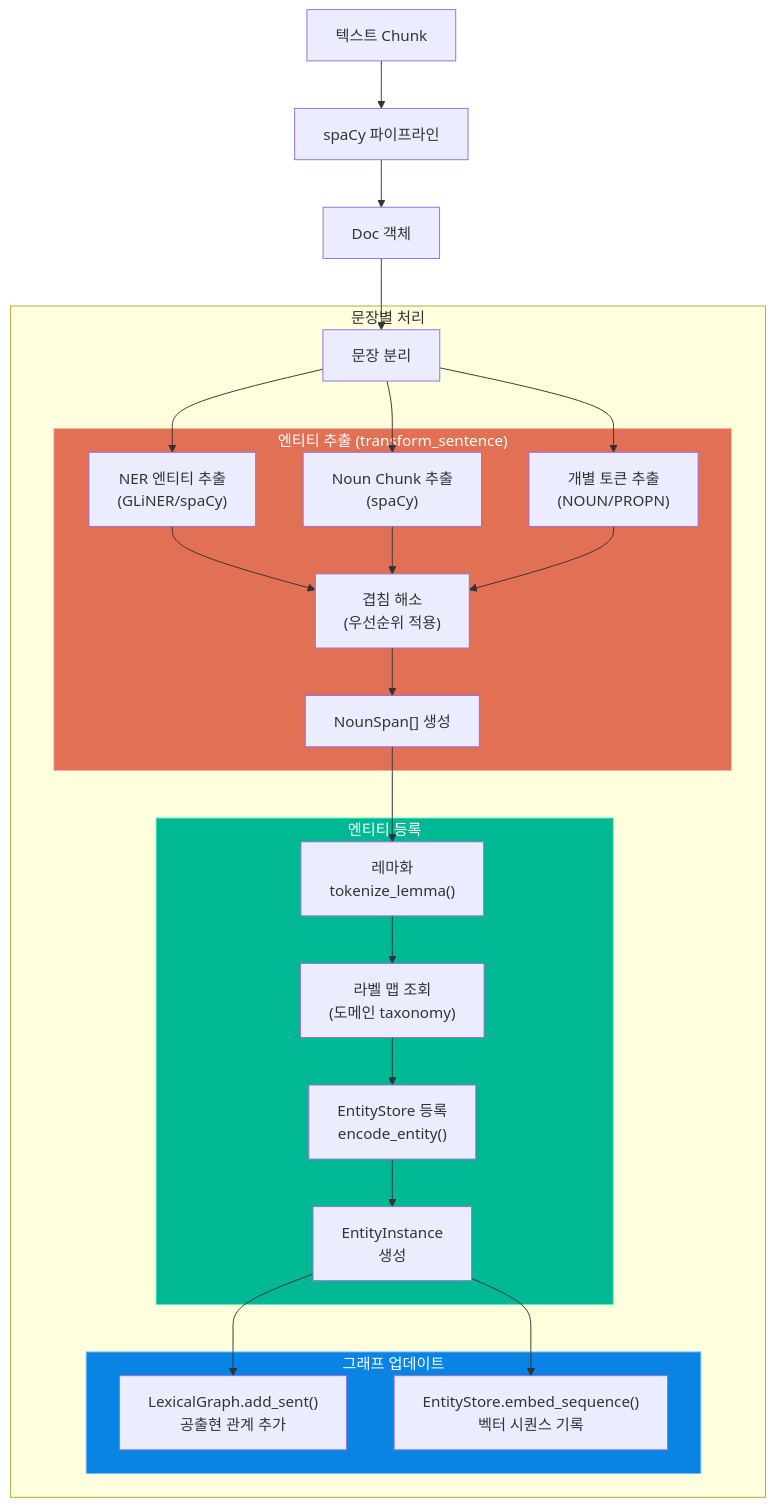
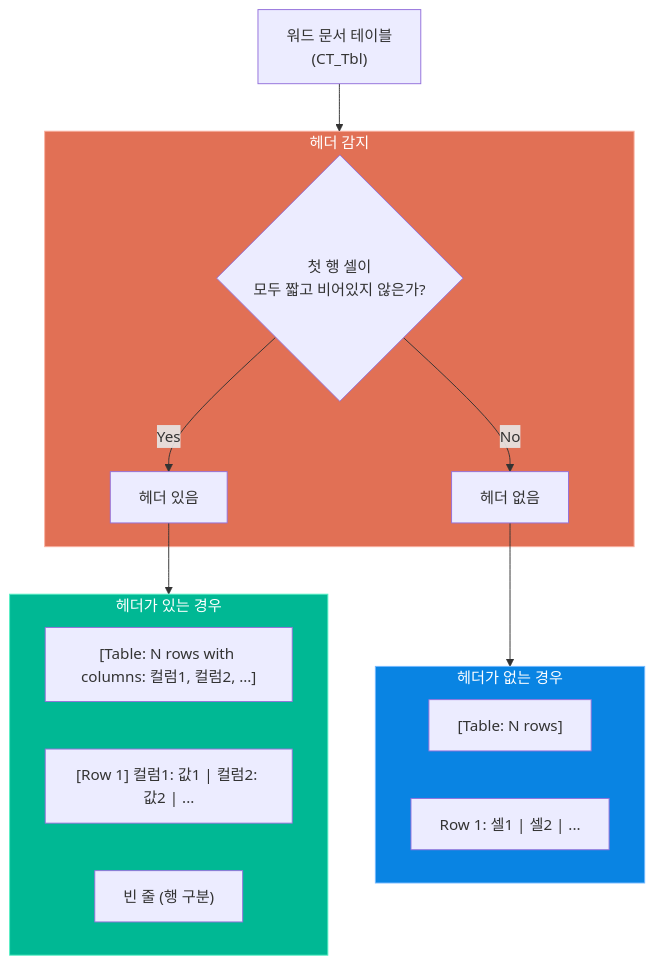
The sixth of 11 diagrams in docs/03_user_and_data_workflow.md (laurus-kpa007/GraphRAG-Senzing), drawn with Mermaid before and after one commit. The commit also changed other lines of this file and 4 other files, not shown here.

````diff
--- a/docs/03_user_and_data_workflow.md
+++ b/docs/03_user_and_data_workflow.md
@@ -285,54 +245,29 @@
 ```mermaid
 flowchart TD
-    TEXT["텍스트 Chunk"]
-    SPACY["spaCy 파이프라인"]
-    DOC["Doc 객체"]
+    TABLE["워드 문서 테이블\n(CT_Tbl)"]
 
-    subgraph PER_SENT["문장별 처리"]
-        SENT["문장 분리"]
-
-        subgraph EXTRACTION["엔티티 추출 (transform_sentence)"]
-            NER_EXT["NER 엔티티 추출\n(GLiNER/spaCy)"]
-            NC_EXT["Noun Chunk 추출\n(spaCy)"]
-            TOK_EXT["개별 토큰 추출\n(NOUN/PROPN)"]
-
-            OVERLAP_CHECK["겹침 해소\n(우선순위 적용)"]
-            NOUNSPAN["NounSpan[] 생성"]
-        end
-
-        subgraph REGISTRATION["엔티티 등록"]
-            LEMMATIZE["레마화\ntokenize_lemma()"]
-            LABEL_MAP["라벨 맵 조회\n(도메인 taxonomy)"]
-            ENCODE["EntityStore 등록\nencode_entity()"]
-            INSTANCE["EntityInstance\n생성"]
-        end
-
-        subgraph GRAPH_UPDATE["그래프 업데이트"]
-            LEX_ADD["LexicalGraph.add_sent()\n공출현 관계 추가"]
-            SEQ_EMBED["EntityStore.embed_sequence()\n벡터 시퀀스 기록"]
-        end
+    subgraph DETECT["헤더 감지"]
+        CHECK{"첫 행 셀이\n모두 짧고 비어있지 않은가?"}
+        HAS_HEADER["헤더 있음"]
+        NO_HEADER["헤더 없음"]
     end
 
-    TEXT --> SPACY --> DOC --> SENT
+    subgraph WITH_HEADER["헤더가 있는 경우"]
+        INTRO["[Table: N rows with columns: 컬럼1, 컬럼2, ...]"]
+        ROW_FORMAT["[Row 1] 컬럼1: 값1 | 컬럼2: 값2 | ..."]
+        BLANK["빈 줄 (행 구분)"]
+    end
 
-    SENT --> NER_EXT
-    SENT --> NC_EXT
-    SENT --> TOK_EXT
+    subgraph NO_HEADER_FMT["헤더가 없는 경우"]
+        PLAIN_INTRO["[Table: N rows]"]
+        PLAIN_ROW["Row 1: 셀1 | 셀2 | ..."]
+    end
 
-    NER_EXT --> OVERLAP_CHECK
-    NC_EXT --> OVERLAP_CHECK
-    TOK_EXT --> OVERLAP_CHECK
+    TABLE --> DETECT
+    CHECK -->|Yes| HAS_HEADER --> WITH_HEADER
+    CHECK -->|No| NO_HEADER --> NO_HEADER_FMT
 
-    OVERLAP_CHECK --> NOUNSPAN
-    NOUNSPAN --> LEMMATIZE
-    LEMMATIZE --> LABEL_MAP
-    LABEL_MAP --> ENCODE
-    ENCODE --> INSTANCE
-
-    INSTANCE --> LEX_ADD
-    INSTANCE --> SEQ_EMBED
-
-    style EXTRACTION fill:#e17055,stroke:#fab1a0,color:#fff
-    style REGISTRATION fill:#00b894,stroke:#55efc4,color:#fff
-    style GRAPH_UPDATE fill:#0984e3,stroke:#74b9ff,color:#fff
+    style DETECT fill:#e17055,stroke:#fab1a0,color:#fff
+    style WITH_HEADER fill:#00b894,stroke:#55efc4,color:#fff
+    style NO_HEADER_FMT fill:#0984e3,stroke:#74b9ff,color:#fff
 ```
````
